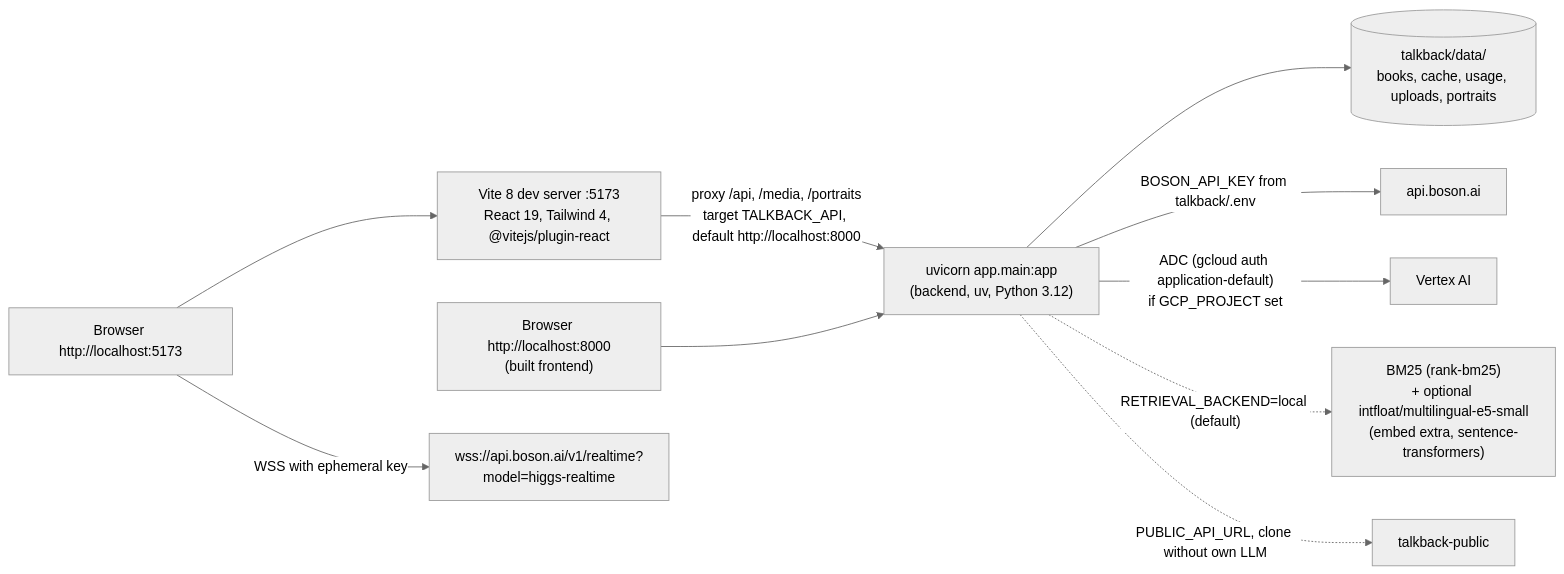
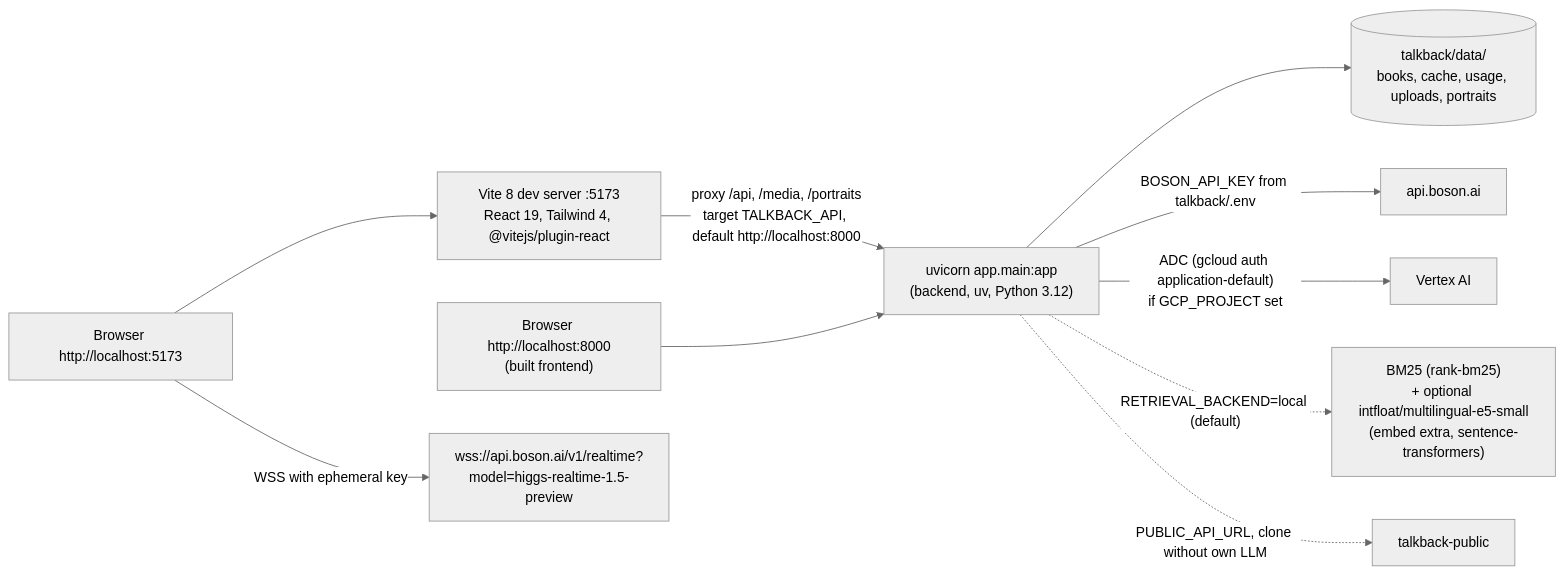
The third of 14 diagrams in docs/ARCHITECTURE.md (fredwang1012/talkback), drawn with Mermaid (neutral theme) before and after one commit. The commit also changed other lines of this file and 14 other files, not shown here.

Commit message:
Realtime 1.5 preview by default with automatic fallback; configurable lip-sync size and per-size pricing

````diff
--- a/docs/ARCHITECTURE.md
+++ b/docs/ARCHITECTURE.md
@@ -161,12 +161,12 @@
 ```mermaid
 flowchart LR
   BR["Browser http://localhost:5173"] --> VITE["Vite 8 dev server :5173<br/>React 19, Tailwind 4, @vitejs/plugin-react"]
   VITE -->|"proxy /api, /media, /portraits<br/>target TALKBACK_API, default http://localhost:8000"| UV["uvicorn app.main:app<br/>(backend, uv, Python 3.12)"]
   BR2["Browser http://localhost:8000<br/>(built frontend)"] --> UV
   UV --> DATA[("talkback/data/<br/>books, cache, usage, uploads, portraits")]
   UV -->|"BOSON_API_KEY from talkback/.env"| BOSON["api.boson.ai"]
   UV -->|"ADC (gcloud auth application-default)<br/>if GCP_PROJECT set"| VERTEX["Vertex AI"]
   UV -.->|"RETRIEVAL_BACKEND=local (default)"| E5["BM25 (rank-bm25)<br/>+ optional intfloat/multilingual-e5-small<br/>(embed extra, sentence-transformers)"]
   UV -.->|"PUBLIC_API_URL, clone without own LLM"| PUBL["talkback-public"]
-  BR -->|"WSS with ephemeral key"| RTL["wss://api.boson.ai/v1/realtime?model=higgs-realtime"]
+  BR -->|"WSS with ephemeral key"| RTL["wss://api.boson.ai/v1/realtime?model=higgs-realtime-1.5-preview"]
 ```
````
